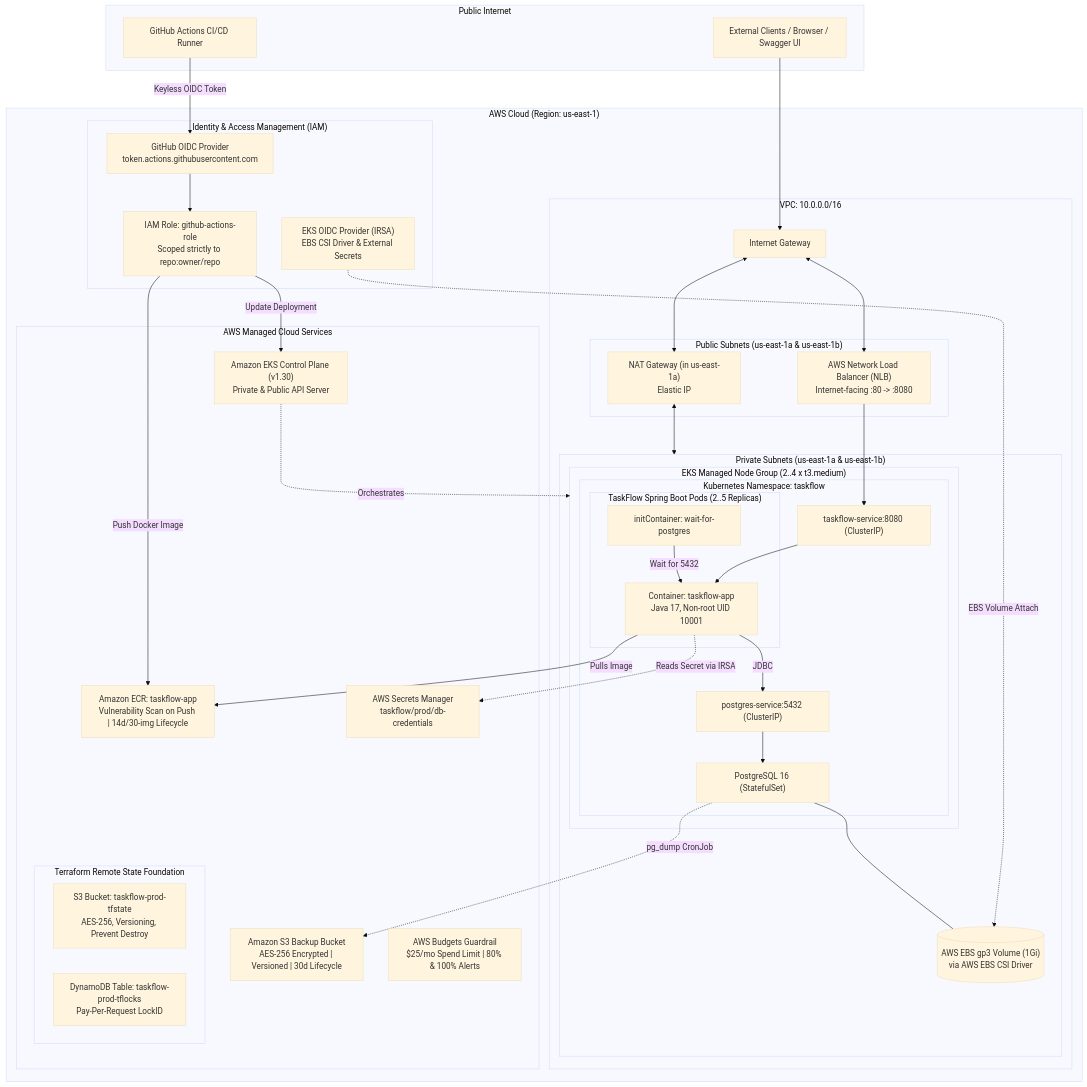
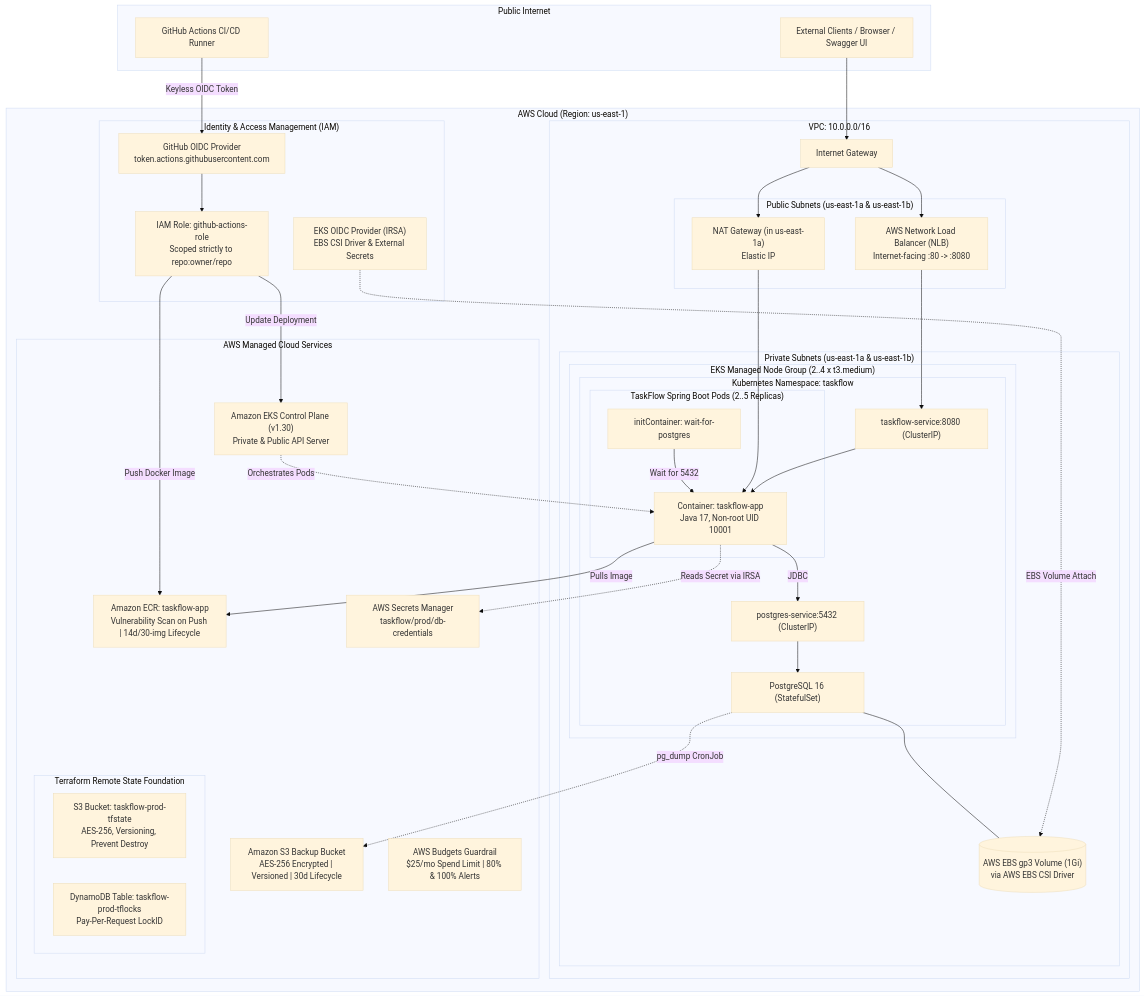
Before and after one commit to sidharthhhh/taskflow-devops: the diagram in README.md, drawn with Mermaid (base theme). The commit also changed 1 other file, not shown here.

Commit message:
readme updated

````diff
--- a/README.md
+++ b/README.md
@@ -263,76 +263,76 @@
 ```mermaid
 flowchart TD
     subgraph Internet ["Public Internet"]
         Client[External Clients / Browser / Swagger UI]
         GHRunner[GitHub Actions CI/CD Runner]
     end
 
     subgraph AWS ["AWS Cloud (Region: us-east-1)"]
         subgraph VPC ["VPC: 10.0.0.0/16"]
             IGW["Internet Gateway"]
             
             subgraph PublicSubnets ["Public Subnets (us-east-1a & us-east-1b)"]
                 NLB["AWS Network Load Balancer (NLB)<br/>Internet-facing :80 -> :8080"]
                 NATGW["NAT Gateway (in us-east-1a)<br/>Elastic IP"]
             end
 
             subgraph PrivateSubnets ["Private Subnets (us-east-1a & us-east-1b)"]
                 subgraph NodeGroup ["EKS Managed Node Group (2..4 x t3.medium)"]
                     subgraph K8sNamespace ["Kubernetes Namespace: taskflow"]
                         AppSvc["taskflow-service:8080 (ClusterIP)"]
                         
                         subgraph Pods ["TaskFlow Spring Boot Pods (2..5 Replicas)"]
                             InitC["initContainer: wait-for-postgres"]
                             AppC["Container: taskflow-app<br/>Java 17, Non-root UID 10001"]
                             InitC -->|Wait for 5432| AppC
                         end
                         
                         DBSvc["postgres-service:5432 (ClusterIP)"]
                         PostgresPod["PostgreSQL 16 (StatefulSet)"]
                     end
                 end
                 
                 EBS[("AWS EBS gp3 Volume (1Gi)<br/>via AWS EBS CSI Driver")]
             end
 
-            IGW <--> NLB
-            IGW <--> NATGW
-            NATGW <--> PrivateSubnets
+            IGW --> NLB
+            IGW --> NATGW
+            NATGW --> AppC
             NLB --> AppSvc
             AppSvc --> AppC
             AppC -->|JDBC| DBSvc
             DBSvc --> PostgresPod
             PostgresPod --- EBS
         end
 
         subgraph ManagedServices ["AWS Managed Cloud Services"]
             EKSControlPlane["Amazon EKS Control Plane (v1.30)<br/>Private & Public API Server"]
             ECR["Amazon ECR: taskflow-app<br/>Vulnerability Scan on Push | 14d/30-img Lifecycle"]
             SecretsMgr["AWS Secrets Manager<br/>taskflow/prod/db-credentials"]
             S3Backup["Amazon S3 Backup Bucket<br/>AES-256 Encrypted | Versioned | 30d Lifecycle"]
             Budgets["AWS Budgets Guardrail<br/>$25/mo Spend Limit | 80% & 100% Alerts"]
             
             subgraph RemoteState ["Terraform Remote State Foundation"]
                 S3State["S3 Bucket: taskflow-prod-tfstate<br/>AES-256, Versioning, Prevent Destroy"]
                 DDBLock["DynamoDB Table: taskflow-prod-tflocks<br/>Pay-Per-Request LockID"]
             end
         end
 
         subgraph SecurityOIDC ["Identity & Access Management (IAM)"]
             GHOIDC["GitHub OIDC Provider<br/>token.actions.githubusercontent.com"]
             GHIAMRole["IAM Role: github-actions-role<br/>Scoped strictly to repo:owner/repo"]
             IRSA["EKS OIDC Provider (IRSA)<br/>EBS CSI Driver & External Secrets"]
         end
     end
 
     Client --> IGW
     GHRunner -->|Keyless OIDC Token| GHOIDC
     GHOIDC --> GHIAMRole
     GHIAMRole -->|Push Docker Image| ECR
     GHIAMRole -->|Update Deployment| EKSControlPlane
-    EKSControlPlane -.->|Orchestrates| NodeGroup
+    EKSControlPlane -.->|Orchestrates Pods| AppC
     AppC -->|Pulls Image| ECR
     AppC -.->|Reads Secret via IRSA| SecretsMgr
     PostgresPod -.->|pg_dump CronJob| S3Backup
     IRSA -.->|EBS Volume Attach| EBS
 ```
````
